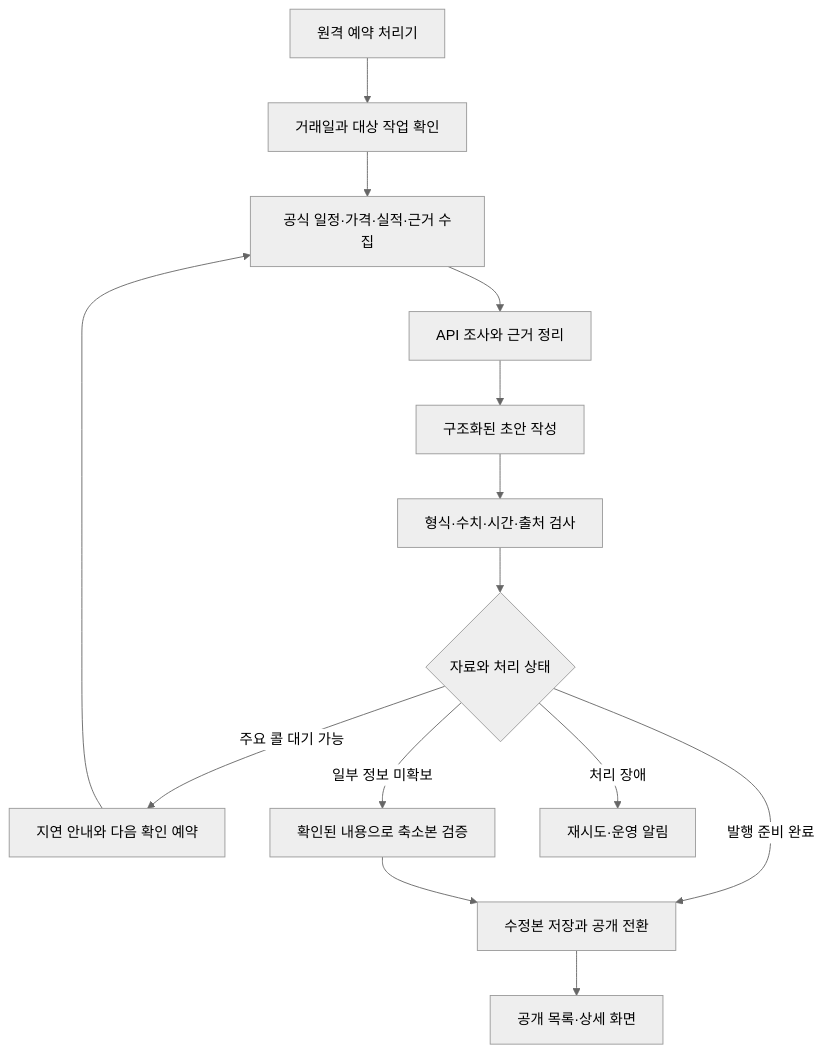
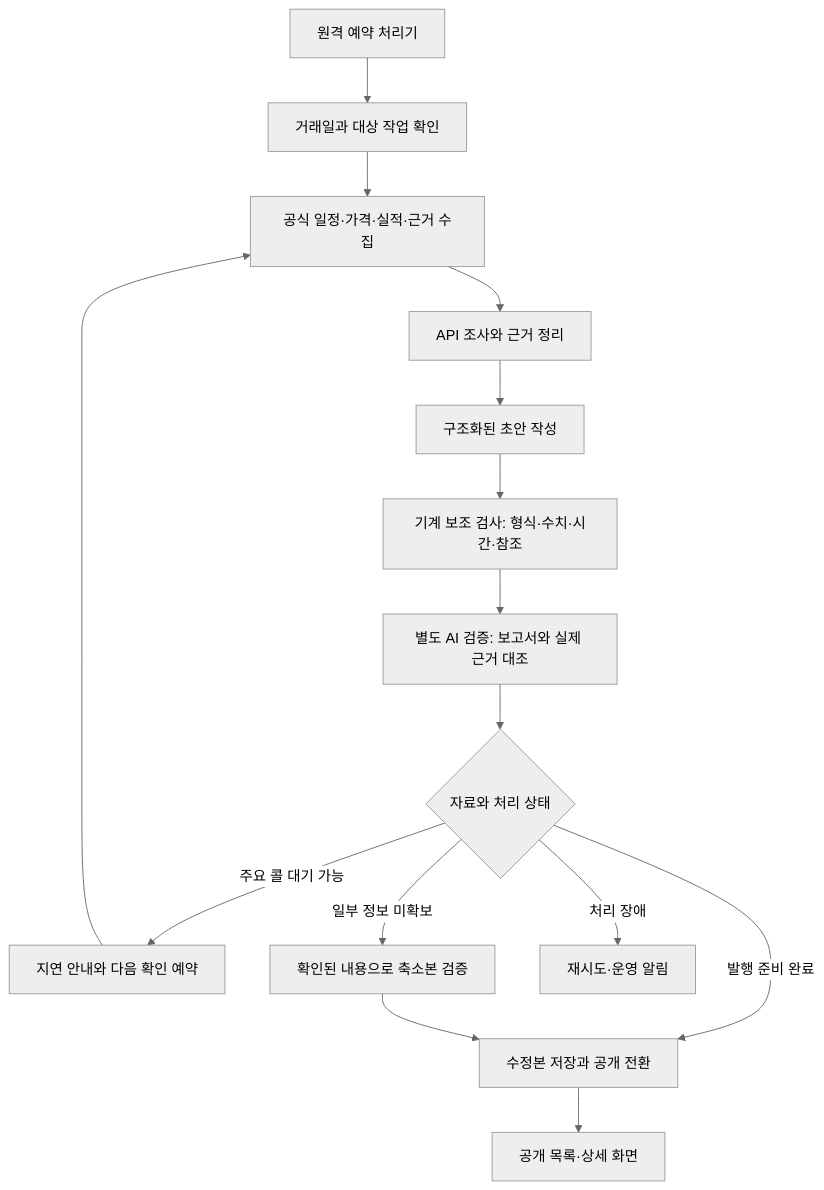
Before and after one commit to Jongwoo-dev/noct-brief: the diagram in docs/TECH_SPEC.md, drawn with Mermaid (neutral theme). The commit also changed other lines of this file and 5 other files, not shown here.

````diff
--- a/docs/TECH_SPEC.md
+++ b/docs/TECH_SPEC.md
@@ -160,16 +202,17 @@
 ```mermaid
 flowchart TD
     A[원격 예약 처리기] --> B[거래일과 대상 작업 확인]
     B --> C[공식 일정·가격·실적·근거 수집]
     C --> D[API 조사와 근거 정리]
     D --> E[구조화된 초안 작성]
-    E --> F[형식·수치·시간·출처 검사]
-    F --> G{자료와 처리 상태}
+    E --> F[기계 보조 검사: 형식·수치·시간·참조]
+    F --> V[별도 AI 검증: 보고서와 실제 근거 대조]
+    V --> G{자료와 처리 상태}
     G -->|발행 준비 완료| H[수정본 저장과 공개 전환]
     G -->|주요 콜 대기 가능| I[지연 안내와 다음 확인 예약]
     I --> C
     G -->|일부 정보 미확보| J[확인된 내용으로 축소본 검증]
     J --> H
     G -->|처리 장애| K[재시도·운영 알림]
     H --> L[공개 목록·상세 화면]
 ```
````
